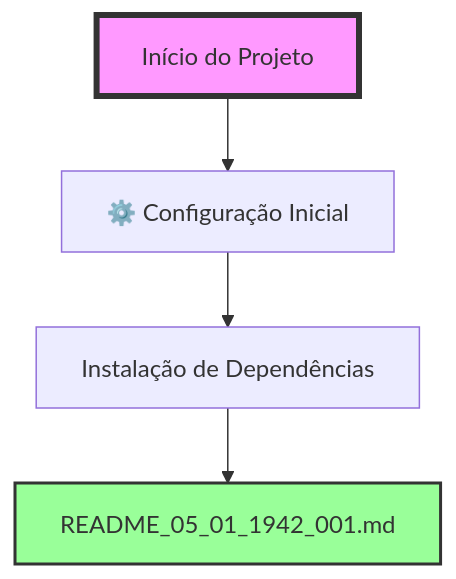
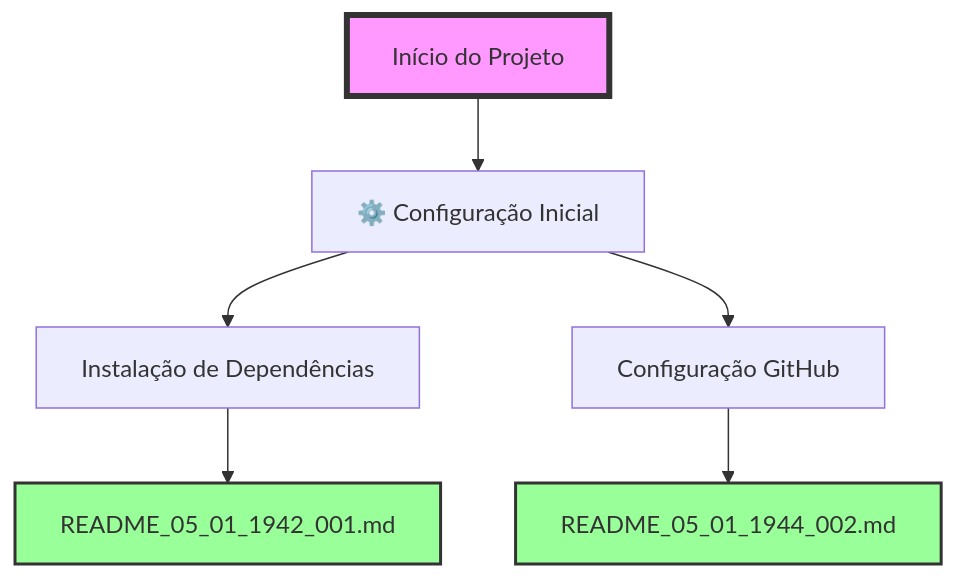
Before and after one commit to estival9999/auralis: the diagram in FLUXOGRAMA.md, drawn with Mermaid. The commit also changed other lines of this file and 1 other file, not shown here.

First line of the commit message:
[DOCS] Configuração do repositório GitHub e proteção de credenciais

````diff
--- a/FLUXOGRAMA.md
+++ b/FLUXOGRAMA.md
@@ -13,9 +13,12 @@
 ```mermaid
 flowchart TD
     A[Início do Projeto] --> A1[⚙️ Configuração Inicial]
     A1 --> A1_1[Instalação de Dependências]
     A1_1 --> README1[README_05_01_1942_001.md]
+    A1 --> A1_2[Configuração GitHub]
+    A1_2 --> README2[README_05_01_1944_002.md]
     
     style A fill:#f9f,stroke:#333,stroke-width:4px
     style README1 fill:#9f9,stroke:#333,stroke-width:2px
+    style README2 fill:#9f9,stroke:#333,stroke-width:2px
 ```
````
